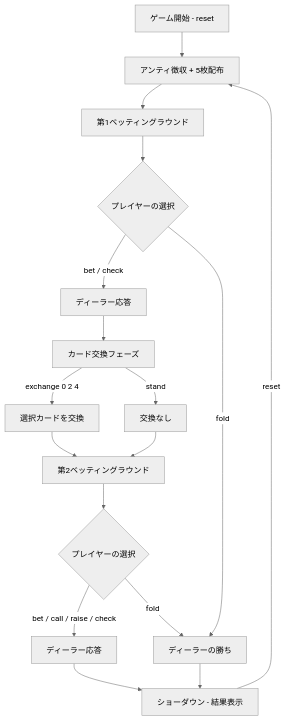
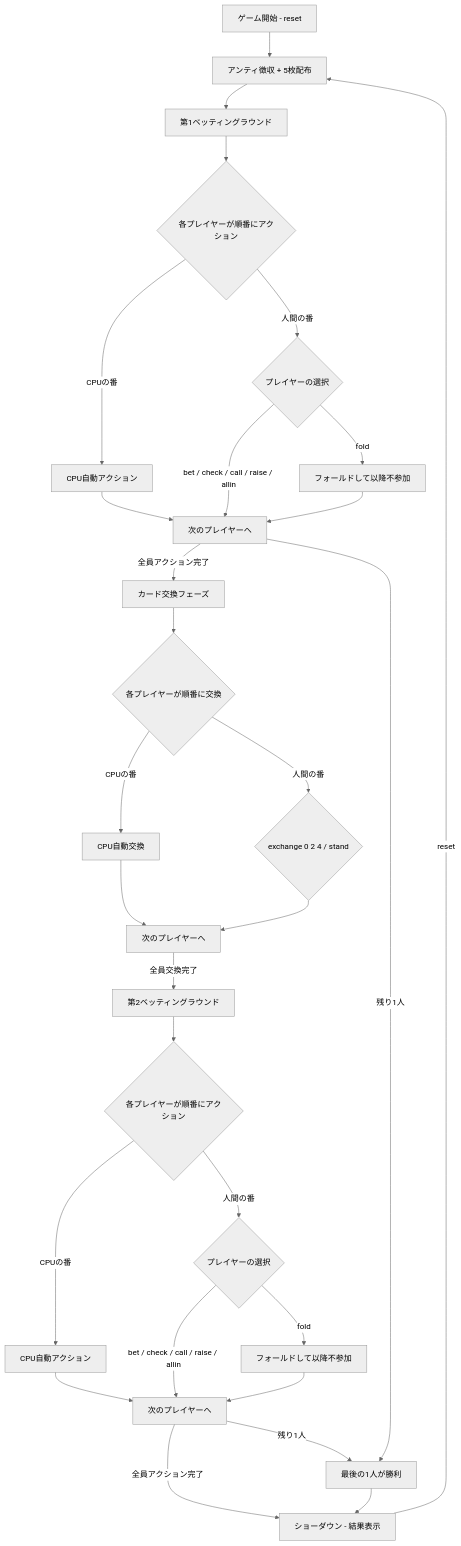
One commit to yuta-yoshinaga/go_trumpcards changed the diagram in docs/manual/cui/poker.md. Above: the diagram before and after it, drawn with Mermaid (neutral theme). The commit also changed other lines of this file and 33 other files, not shown here.

````diff
--- a/docs/manual/cui/poker.md
+++ b/docs/manual/cui/poker.md
@@ -38,19 +62,31 @@
 ```mermaid
 flowchart TD
     A[ゲーム開始 - reset] --> B[アンティ徴収 + 5枚配布]
     B --> C[第1ベッティングラウンド]
-    C --> D{プレイヤーの選択}
-    D -->|bet / check| E[ディーラー応答]
-    D -->|fold| F[ディーラーの勝ち]
-    E --> G[カード交換フェーズ]
-    G -->|exchange 0 2 4| H[選択カードを交換]
-    G -->|stand| I[交換なし]
-    H --> J[第2ベッティングラウンド]
-    I --> J
-    J --> K{プレイヤーの選択}
-    K -->|bet / call / raise / check| L[ディーラー応答]
-    K -->|fold| F
-    L --> M[ショーダウン - 結果表示]
-    F --> M
-    M -->|reset| B
+    C --> D{各プレイヤーが順番にアクション}
+    D -->|CPUの番| E[CPU自動アクション]
+    D -->|人間の番| F{プレイヤーの選択}
+    F -->|bet / check / call / raise / allin| G[次のプレイヤーへ]
+    F -->|fold| H[フォールドして以降不参加]
+    E --> G
+    H --> G
+    G -->|全員アクション完了| I[カード交換フェーズ]
+    G -->|残り1人| J[最後の1人が勝利]
+    I --> K{各プレイヤーが順番に交換}
+    K -->|CPUの番| L[CPU自動交換]
+    K -->|人間の番| M{exchange 0 2 4 / stand}
+    L --> N[次のプレイヤーへ]
+    M --> N
+    N -->|全員交換完了| O[第2ベッティングラウンド]
+    O --> P{各プレイヤーが順番にアクション}
+    P -->|CPUの番| Q[CPU自動アクション]
+    P -->|人間の番| R{プレイヤーの選択}
+    R -->|bet / check / call / raise / allin| S[次のプレイヤーへ]
+    R -->|fold| T[フォールドして以降不参加]
+    Q --> S
+    T --> S
+    S -->|全員アクション完了| U[ショーダウン - 結果表示]
+    S -->|残り1人| J
+    J --> U
+    U -->|reset| B
 ```
````
